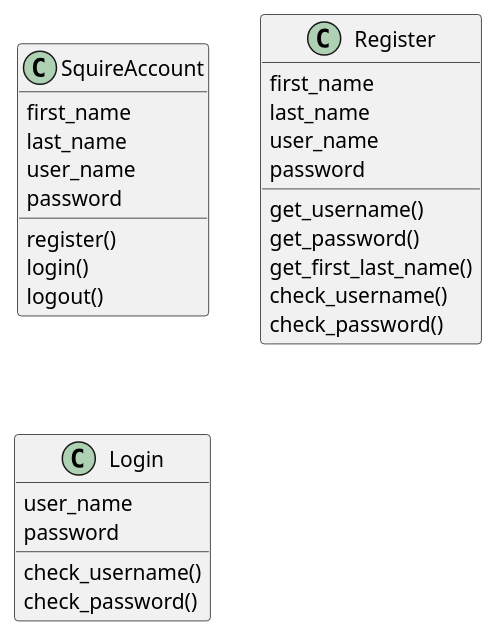
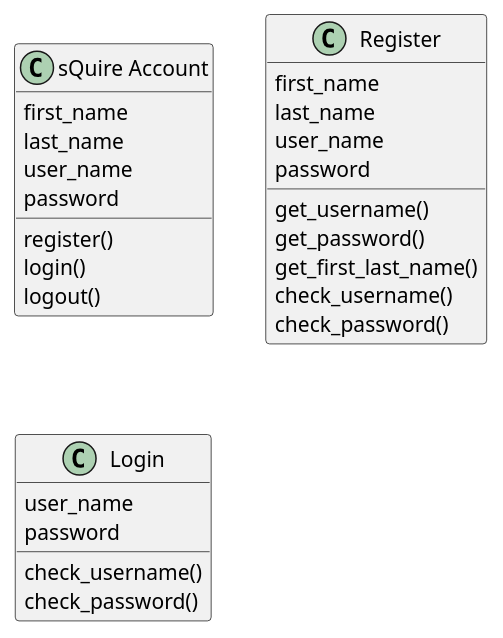
One commit to voxelv/sQuire_kw changed the diagram in hw3/useraccount.pu. Above: the diagram before and after it, drawn with PlantUML.

```diff
--- a/hw3/useraccount.pu
+++ b/hw3/useraccount.pu
@@ -1,44 +1,44 @@
 @startuml
 
-class "SquireAccount" as ua {
+class "sQuire Account" as ua {
 first_name
 last_name
 user_name
 password
 register()
 login()
 logout()
 }
 
 
 
 class "Register" as re {
 first_name
 last_name
 user_name
 password
 
 get_username()
 get_password()
 get_first_last_name()
 check_username()
 check_password()
 }
 
 class "Login" as lo {
 user_name
 password
 
 check_username()
 check_password()
 }
 
 
 
 
 
 
 
 
 
 @enduml
```
